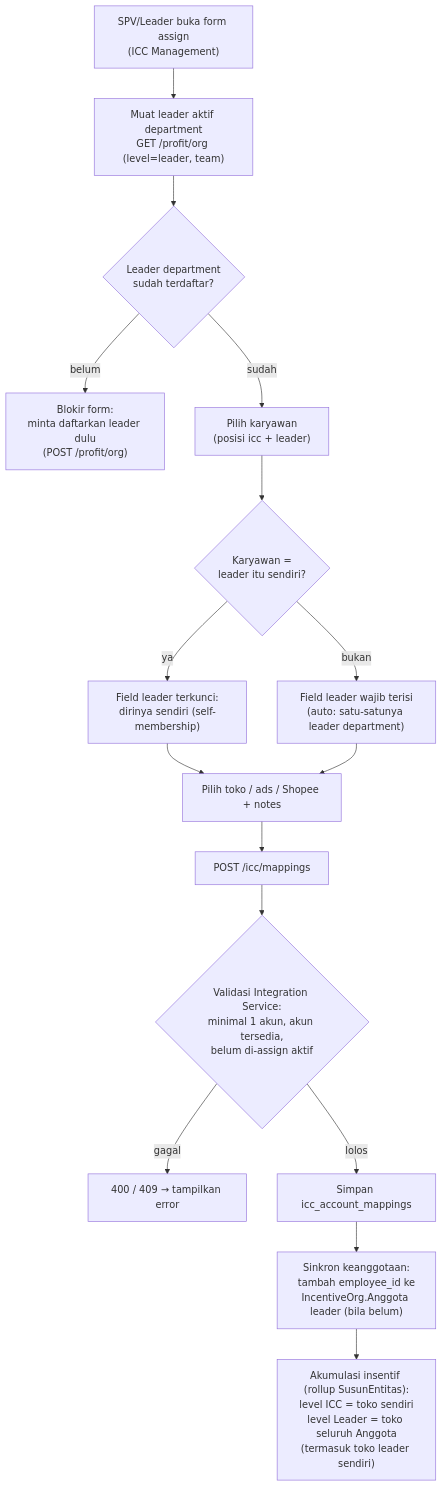
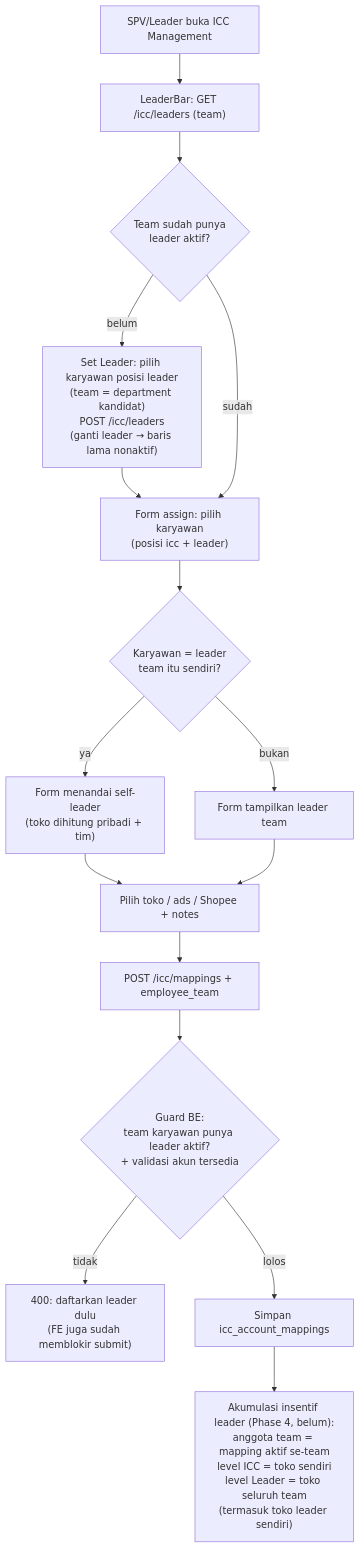
Before and after one commit to bip-itteam-internal/architecture-draft: the diagram in Sales/Sales - ICC Account Manager Mapping.md, drawn with Mermaid. The commit also changed other lines of this file, not shown here.

Commit message:
docs: relasi leader ICC — desain final leader-first (icc_leaders di Integration) + flowchart terimplementasi

````diff
--- a/Sales/Sales - ICC Account Manager Mapping.md
+++ b/Sales/Sales - ICC Account Manager Mapping.md
@@ -305,18 +308,18 @@
 ```mermaid
 flowchart TD
-    A["SPV/Leader buka form assign\n(ICC Management)"] --> B["Muat leader aktif department\nGET /profit/org (level=leader, team)"]
-    B --> C{"Leader department\nsudah terdaftar?"}
-    C -- "belum" --> D["Blokir form:\nminta daftarkan leader dulu\n(POST /profit/org)"]
-    C -- "sudah" --> E["Pilih karyawan\n(posisi icc + leader)"]
-    E --> F{"Karyawan =\nleader itu sendiri?"}
-    F -- "ya" --> G["Field leader terkunci:\ndirinya sendiri (self-membership)"]
-    F -- "bukan" --> H["Field leader wajib terisi\n(auto: satu-satunya leader department)"]
+    A["SPV/Leader buka ICC Management"] --> B["LeaderBar: GET /icc/leaders (team)"]
+    B --> C{"Team sudah punya\nleader aktif?"}
+    C -- "belum" --> D["Set Leader: pilih karyawan posisi leader\n(team = department kandidat)\nPOST /icc/leaders\n(ganti leader → baris lama nonaktif)"]
+    D --> E
+    C -- "sudah" --> E["Form assign: pilih karyawan\n(posisi icc + leader)"]
+    E --> F{"Karyawan = leader\nteam itu sendiri?"}
+    F -- "ya" --> G["Form menandai self-leader\n(toko dihitung pribadi + tim)"]
+    F -- "bukan" --> H["Form tampilkan leader team"]
     G --> I["Pilih toko / ads / Shopee + notes"]
     H --> I
-    I --> J["POST /icc/mappings"]
-    J --> K{"Validasi Integration Service:\nminimal 1 akun, akun tersedia,\nbelum di-assign aktif"}
-    K -- "gagal" --> L["400 / 409 → tampilkan error"]
+    I --> J["POST /icc/mappings + employee_team"]
+    J --> K{"Guard BE:\nteam karyawan punya leader aktif?\n+ validasi akun tersedia"}
+    K -- "tidak" --> L["400: daftarkan leader dulu\n(FE juga sudah memblokir submit)"]
     K -- "lolos" --> M["Simpan icc_account_mappings"]
-    M --> N["Sinkron keanggotaan:\ntambah employee_id ke\nIncentiveOrg.Anggota leader (bila belum)"]
-    N --> O["Akumulasi insentif (rollup SusunEntitas):\nlevel ICC = toko sendiri\nlevel Leader = toko seluruh Anggota\n(termasuk toko leader sendiri)"]
+    M --> N["Akumulasi insentif leader (Phase 4, belum):\nanggota team = mapping aktif se-team\nlevel ICC = toko sendiri\nlevel Leader = toko seluruh team\n(termasuk toko leader sendiri)"]
 ```
````
